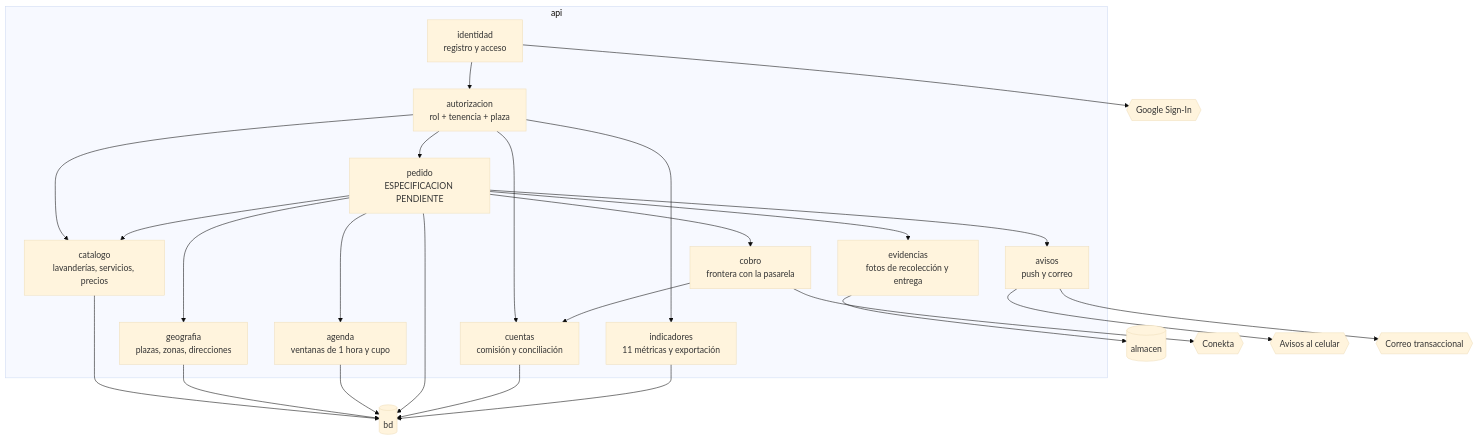
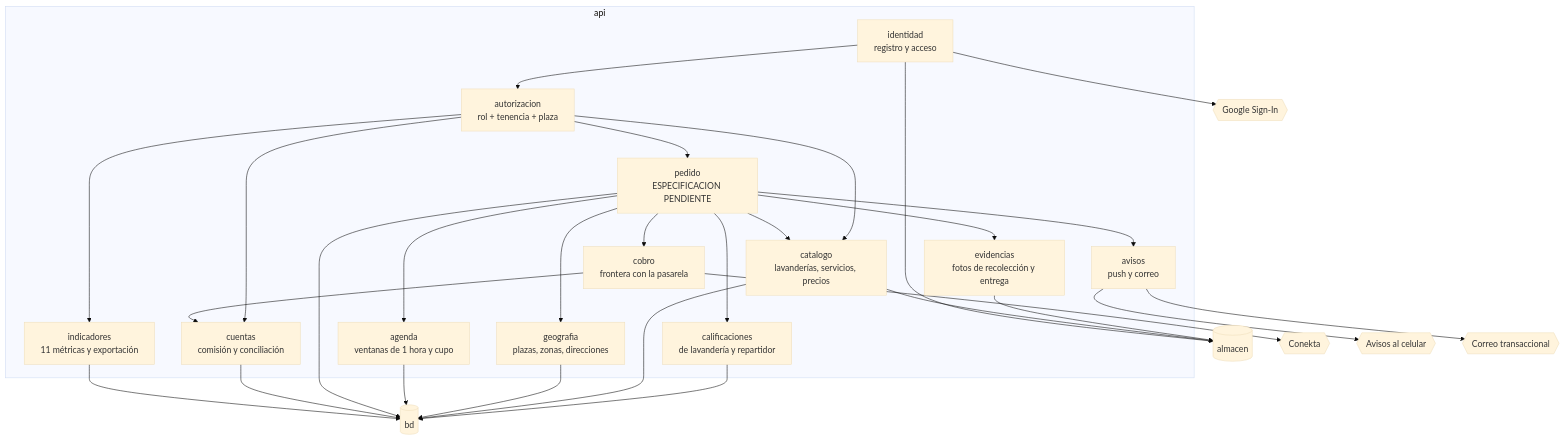
One commit to AsberNaranjo/Lavandi changed the diagram in vault/arquitectura/c3-api.md. Above: the diagram before and after it, drawn with Mermaid (base theme). The commit also changed other lines of this file and 11 other files, not shown here.

````diff
--- a/vault/arquitectura/c3-api.md
+++ b/vault/arquitectura/c3-api.md
@@ -21,47 +21,52 @@
 ```mermaid
 flowchart TB
     subgraph api["api"]
         identidad["identidad<br/>registro y acceso"]
         autorizacion["autorizacion<br/>rol + tenencia + plaza"]
         catalogo["catalogo<br/>lavanderías, servicios, precios"]
         geografia["geografia<br/>plazas, zonas, direcciones"]
         agenda["agenda<br/>ventanas de 1 hora y cupo"]
         pedido["pedido<br/>ESPECIFICACION PENDIENTE"]
         cobro["cobro<br/>frontera con la pasarela"]
         cuentas["cuentas<br/>comisión y conciliación"]
         avisos["avisos<br/>push y correo"]
         indicadores["indicadores<br/>11 métricas y exportación"]
         evidencias["evidencias<br/>fotos de recolección y entrega"]
+        calificaciones["calificaciones<br/>de lavandería y repartidor"]
     end
 
     bd[("bd")]
     almacen[("almacen")]
     conekta{{"Conekta"}}
     push{{"Avisos al celular"}}
     correo{{"Correo transaccional"}}
     gsignin{{"Google Sign-In"}}
 
     identidad --> gsignin
     identidad --> autorizacion
     autorizacion --> catalogo
     autorizacion --> pedido
     autorizacion --> cuentas
     autorizacion --> indicadores
     pedido --> agenda
     pedido --> catalogo
     pedido --> geografia
     pedido --> cobro
     pedido --> avisos
     pedido --> evidencias
     cobro --> conekta
     cobro --> cuentas
     avisos --> push
     avisos --> correo
     evidencias --> almacen
+    catalogo --> almacen
+    identidad --> almacen
+    pedido --> calificaciones
+    calificaciones --> bd
     catalogo --> bd
     geografia --> bd
     agenda --> bd
     pedido --> bd
     cuentas --> bd
     indicadores --> bd
 ```
````
